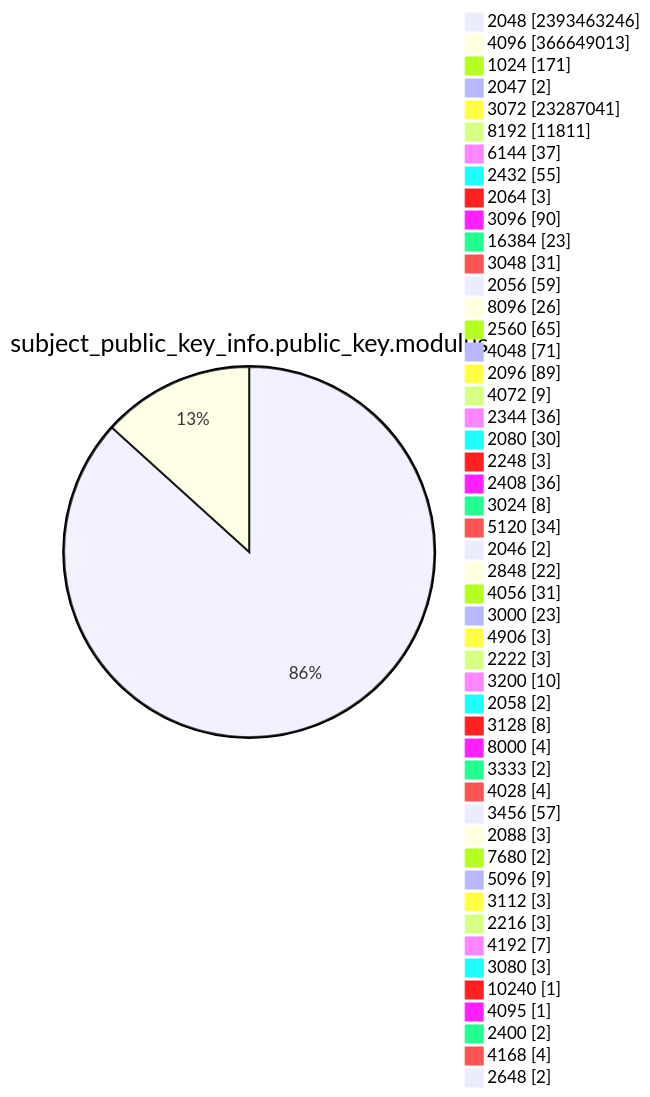
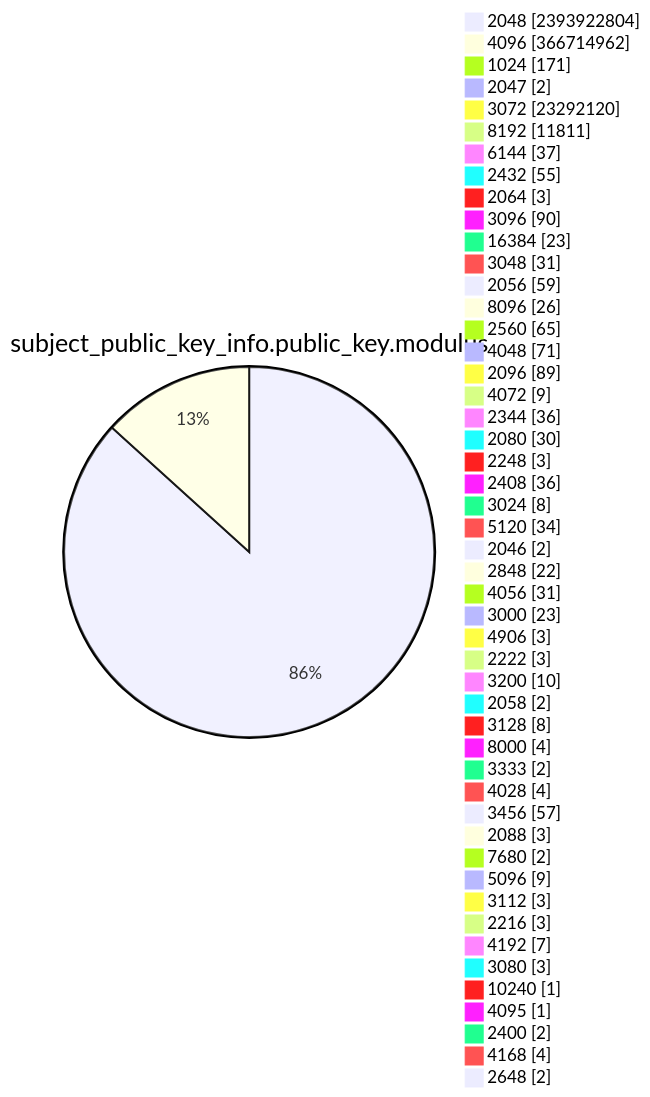
Diagram 13 of 15 in TOTAL/README.md (christiankrug/ctmonitor_visualization), drawn with Mermaid before and after one commit. The commit also changed other lines of this file, not shown here.

````diff
--- a/TOTAL/README.md
+++ b/TOTAL/README.md
@@ -4167,53 +4167,53 @@
 ```mermaid
 pie showData
 title subject_public_key_info.public_key.modulus
-"2048" :2393463246
-"4096" :366649013
+"2048" :2393922804
+"4096" :366714962
 "1024" :171
 "2047" :2
-"3072" :23287041
+"3072" :23292120
 "8192" :11811
 "6144" :37
 "2432" :55
 "2064" :3
 "3096" :90
 "16384" :23
 "3048" :31
 "2056" :59
 "8096" :26
 "2560" :65
 "4048" :71
 "2096" :89
 "4072" :9
 "2344" :36
 "2080" :30
 "2248" :3
 "2408" :36
 "3024" :8
 "5120" :34
 "2046" :2
 "2848" :22
 "4056" :31
 "3000" :23
 "4906" :3
 "2222" :3
 "3200" :10
 "2058" :2
 "3128" :8
 "8000" :4
 "3333" :2
 "4028" :4
 "3456" :57
 "2088" :3
 "7680" :2
 "5096" :9
 "3112" :3
 "2216" :3
 "4192" :7
 "3080" :3
 "10240" :1
 "4095" :1
 "2400" :2
 "4168" :4
 "2648" :2
 ```
````
